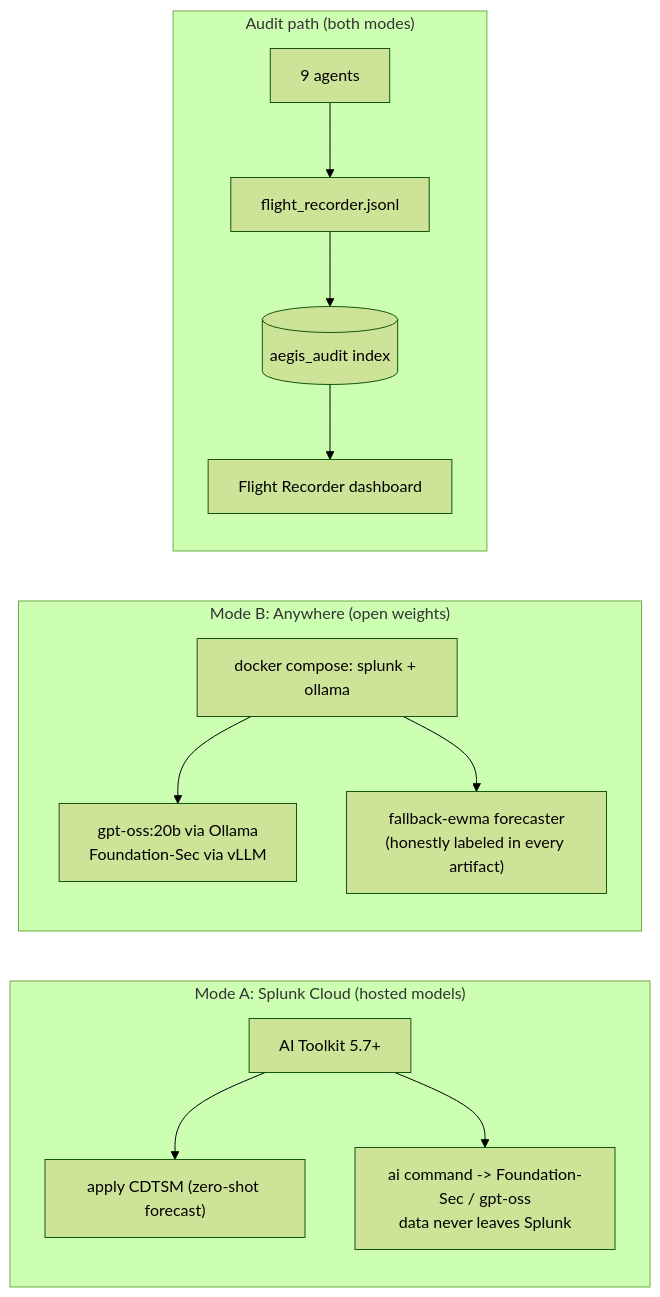
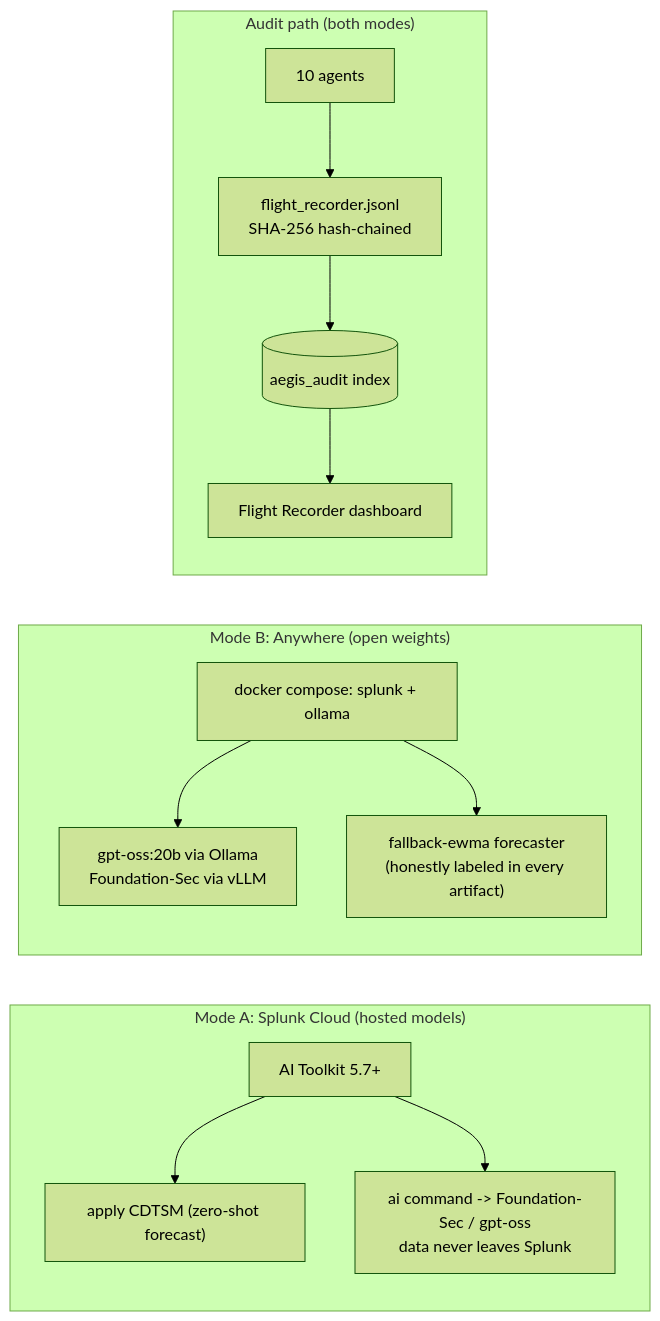
The third of 3 diagrams in architecture_diagram.md (ismailridwans/aegis-foundry), drawn with Mermaid (forest theme) before and after one commit. The commit also changed other lines of this file and 4 other files, not shown here.

First line of the commit message:
Update landing, docs, and architecture for the ten-agent platform

````diff
--- a/architecture_diagram.md
+++ b/architecture_diagram.md
@@ -107,14 +113,14 @@
 ```mermaid
 graph LR
     subgraph "Mode A: Splunk Cloud (hosted models)"
         A1[AI Toolkit 5.7+] --> A2["apply CDTSM (zero-shot forecast)"]
         A1 --> A3["ai command -> Foundation-Sec / gpt-oss<br/>data never leaves Splunk"]
     end
     subgraph "Mode B: Anywhere (open weights)"
         B1[docker compose: splunk + ollama] --> B2["gpt-oss:20b via Ollama<br/>Foundation-Sec via vLLM"]
         B1 --> B3["fallback-ewma forecaster<br/>(honestly labeled in every artifact)"]
     end
     subgraph "Audit path (both modes)"
-        C1[9 agents] --> C2[flight_recorder.jsonl] --> C3[(aegis_audit index)] --> C4[Flight Recorder dashboard]
+        C1[10 agents] --> C2[flight_recorder.jsonl<br/>SHA-256 hash-chained] --> C3[(aegis_audit index)] --> C4[Flight Recorder dashboard]
     end
 ```
````
